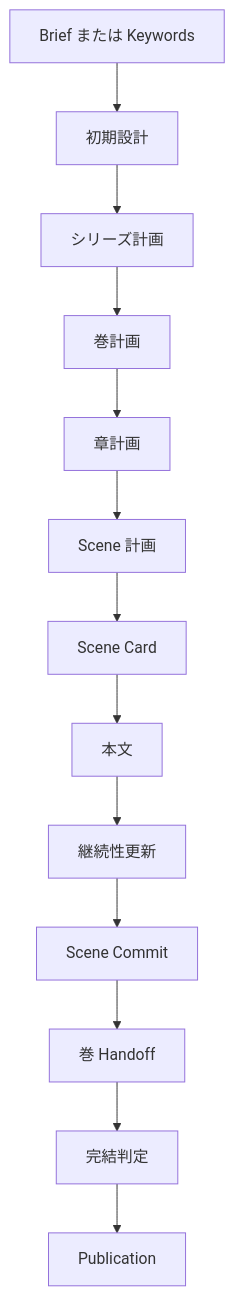
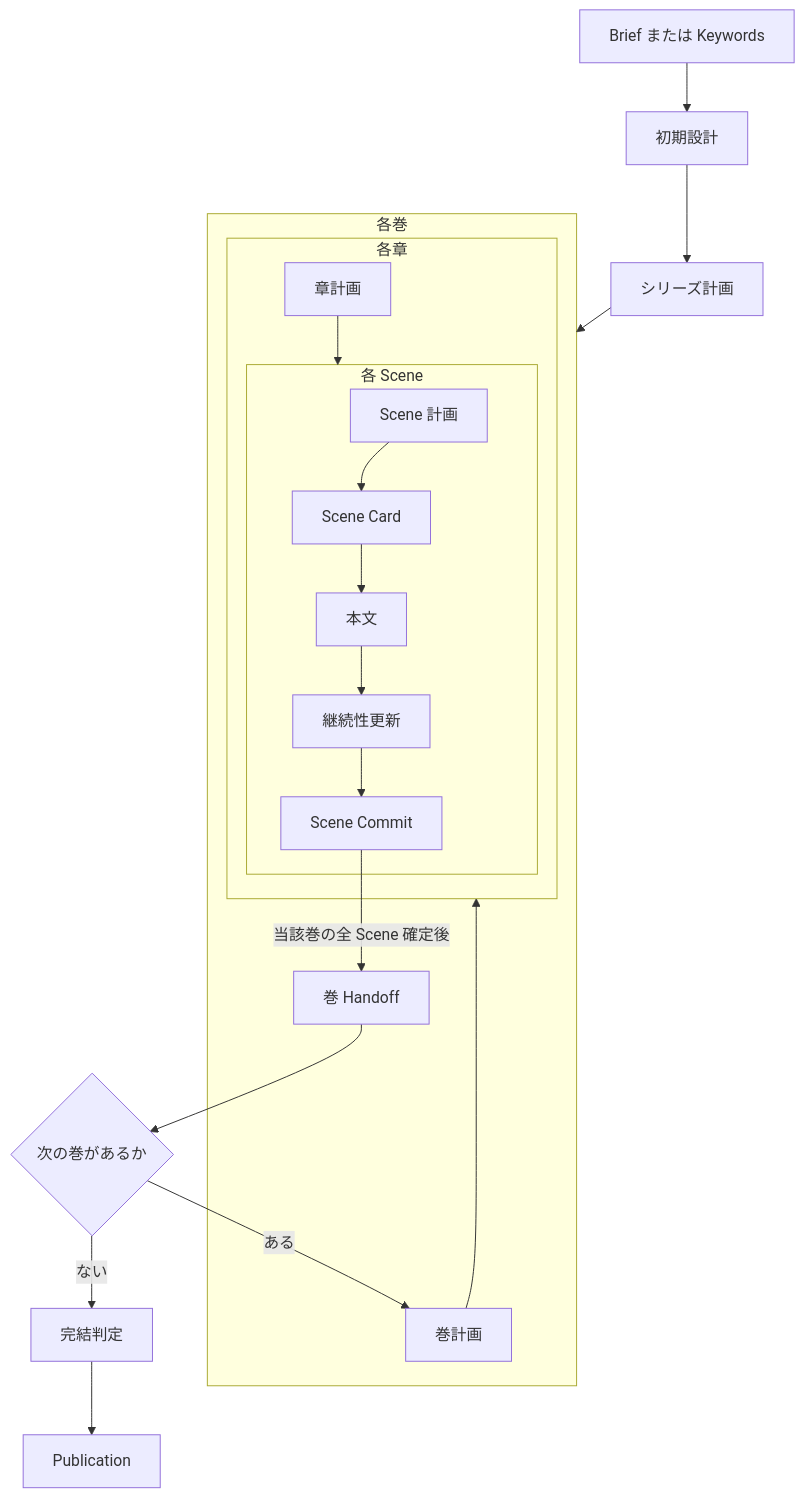
One commit to goura32/storycraft changed the diagram in docs/SPECIFICATION.md. Above: the diagram before and after it, drawn with Mermaid. The commit also changed other lines of this file and 1 other file, not shown here.

Commit message:
docs: resolve specification review findings

````diff
--- a/docs/SPECIFICATION.md
+++ b/docs/SPECIFICATION.md
@@ -56,15 +56,23 @@
 ```mermaid
 flowchart TD
   I[Brief または Keywords] --> D[初期設計]
   D --> S[シリーズ計画]
-  S --> V[巻計画]
-  V --> C[章計画]
-  C --> P[Scene 計画]
-  P --> K[Scene Card]
-  K --> W[本文]
-  W --> N[継続性更新]
-  N --> M[Scene Commit]
-  M --> H[巻 Handoff]
-  H --> Q[完結判定]
+  S --> V
+  subgraph V[各巻]
+    VP[巻計画] --> C
+    subgraph C[各章]
+      CP[章計画] --> P
+      subgraph P[各 Scene]
+        SP[Scene 計画] --> K[Scene Card]
+        K --> W[本文]
+        W --> N[継続性更新]
+        N --> M[Scene Commit]
+      end
+    end
+    M -->|当該巻の全 Scene 確定後| H[巻 Handoff]
+  end
+  H --> X{次の巻があるか}
+  X -->|ある| VP
+  X -->|ない| Q[完結判定]
   Q --> U[Publication]
 ```
````
